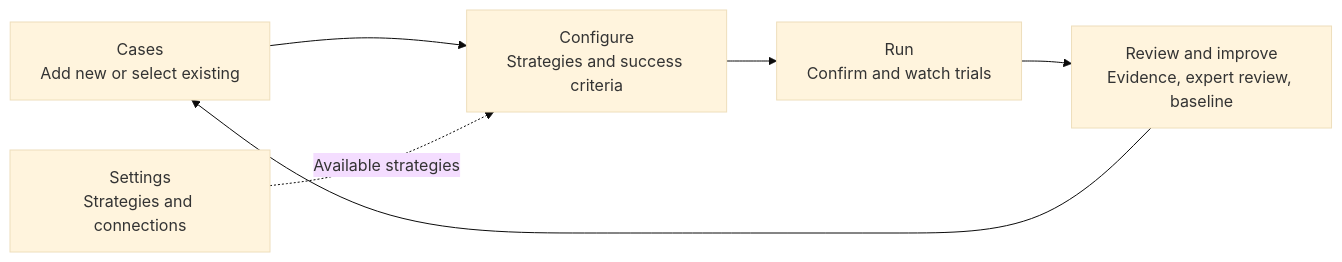
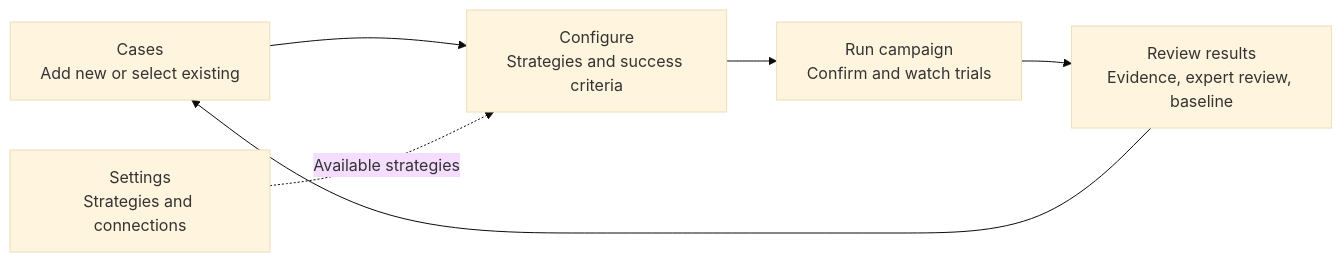
One commit to niksacdev/rove changed the first of 3 diagrams in docs/product/user-journey.md. Above: the diagram before and after it, drawn with Mermaid (base theme). The commit also changed other lines of this file and 43 other files, not shown here.

````diff
--- a/docs/product/user-journey.md
+++ b/docs/product/user-journey.md
@@ -34,8 +34,8 @@
 ```mermaid
 flowchart LR
     C["Cases<br/>Add new or select existing"] --> F["Configure<br/>Strategies and success criteria"]
-    F --> R["Run<br/>Confirm and watch trials"]
-    R --> V["Review and improve<br/>Evidence, expert review, baseline"]
+    F --> R["Run campaign<br/>Confirm and watch trials"]
+    R --> V["Review results<br/>Evidence, expert review, baseline"]
     V --> C
     S["Settings<br/>Strategies and connections"] -. Available strategies .-> F
 ```
````
